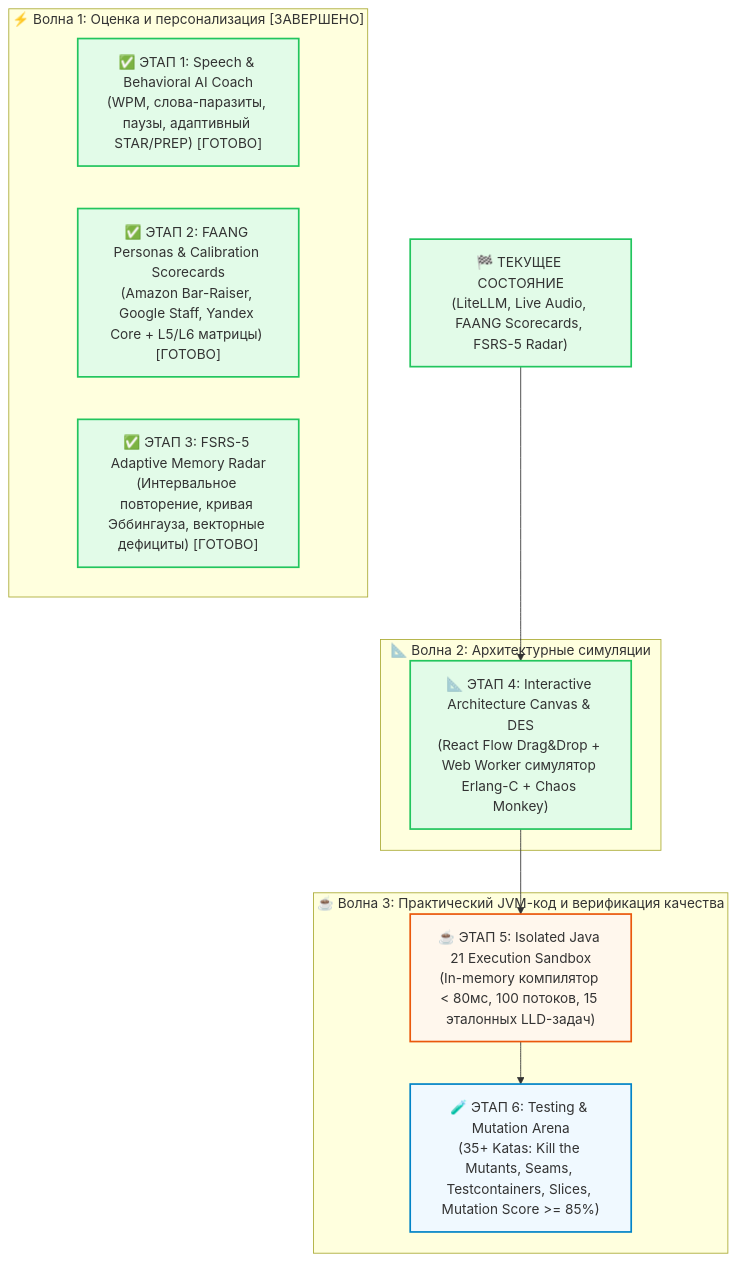
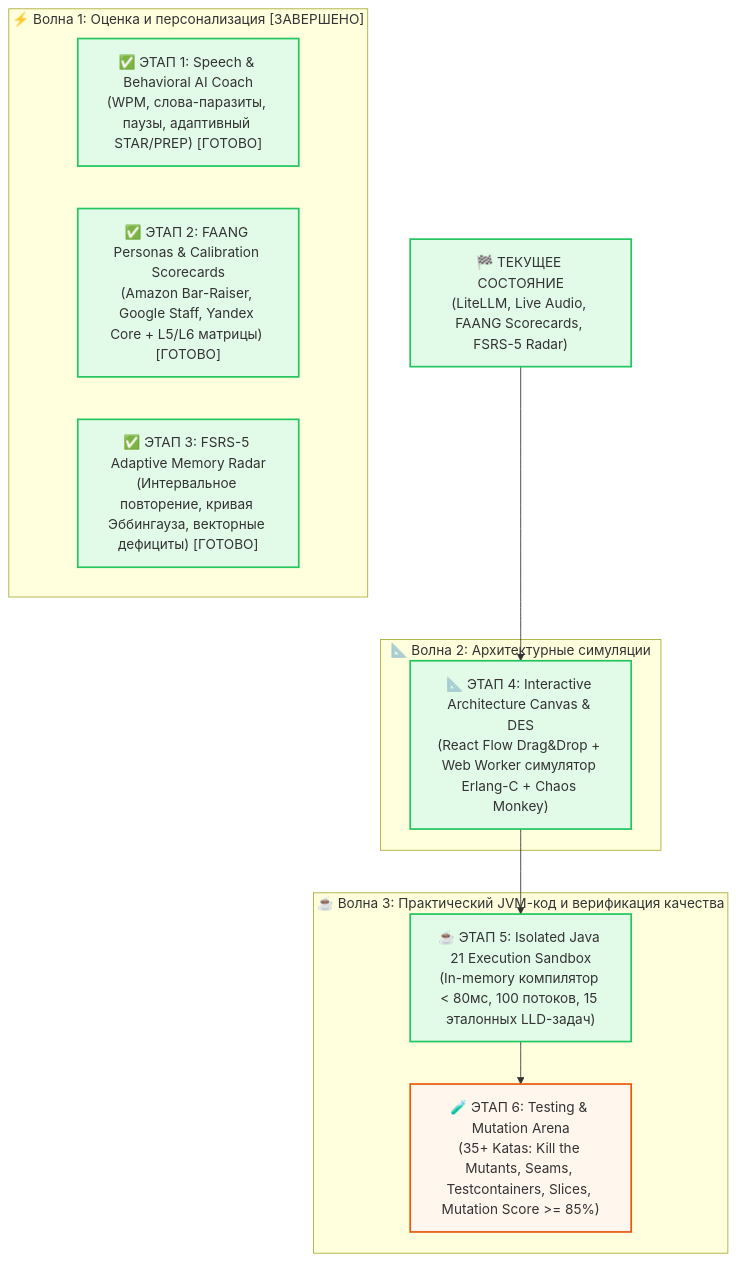
One commit to iliaIz/interview_tutor changed the diagram in docs/roadmap/00_MASTER_ROADMAP.md. Above: the diagram before and after it, drawn with Mermaid. The commit also changed other lines of this file, not shown here.

Commit message:
docs(roadmap): mark Phase 5 as completed in master roadmap

````diff
--- a/docs/roadmap/00_MASTER_ROADMAP.md
+++ b/docs/roadmap/00_MASTER_ROADMAP.md
@@ -27,31 +27,30 @@
 ```mermaid
 flowchart TD
     Current["🏁 ТЕКУЩЕЕ СОСТОЯНИЕ\n(LiteLLM, Live Audio, FAANG Scorecards, FSRS-5 Radar)"]
 
     subgraph Wave1 ["⚡ Волна 1: Оценка и персонализация [ЗАВЕРШЕНО]"]
         Phase1["✅ ЭТАП 1: Speech & Behavioral AI Coach\n(WPM, слова-паразиты, паузы, адаптивный STAR/PREP) [ГОТОВО]"]
         Phase2["✅ ЭТАП 2: FAANG Personas & Calibration Scorecards\n(Amazon Bar-Raiser, Google Staff, Yandex Core + L5/L6 матрицы) [ГОТОВО]"]
         Phase3["✅ ЭТАП 3: FSRS-5 Adaptive Memory Radar\n(Интервальное повторение, кривая Эббингауза, векторные дефициты) [ГОТОВО]"]
     end
 
     subgraph Wave2 ["📐 Волна 2: Архитектурные симуляции"]
         Phase4["📐 ЭТАП 4: Interactive Architecture Canvas & DES\n(React Flow Drag&Drop + Web Worker симулятор Erlang-C + Chaos Monkey)"]
     end
 
     subgraph Wave3 ["☕ Волна 3: Практический JVM-код и верификация качества"]
         Phase5["☕ ЭТАП 5: Isolated Java 21 Execution Sandbox\n(In-memory компилятор < 80мс, 100 потоков, 15 эталонных LLD-задач)"]
         Phase6["🧪 ЭТАП 6: Testing & Mutation Arena\n(35+ Katas: Kill the Mutants, Seams, Testcontainers, Slices, Mutation Score >= 85%)"]
     end
 
     Current --> Phase4
     Phase4 --> Phase5
     Phase5 --> Phase6
 
     classDef done fill:#e2fbe8,stroke:#22c55e,stroke-width:2px;
     classDef currentPhase fill:#fff7ed,stroke:#ea580c,stroke-width:2px;
     classDef queued fill:#f0f9ff,stroke:#0284c7,stroke-width:2px;
 
-    class Current,Phase1,Phase2,Phase3,Phase4 done;
-    class Phase5 currentPhase;
-    class Phase6 queued;
+    class Current,Phase1,Phase2,Phase3,Phase4,Phase5 done;
+    class Phase6 currentPhase;
 ```
````
